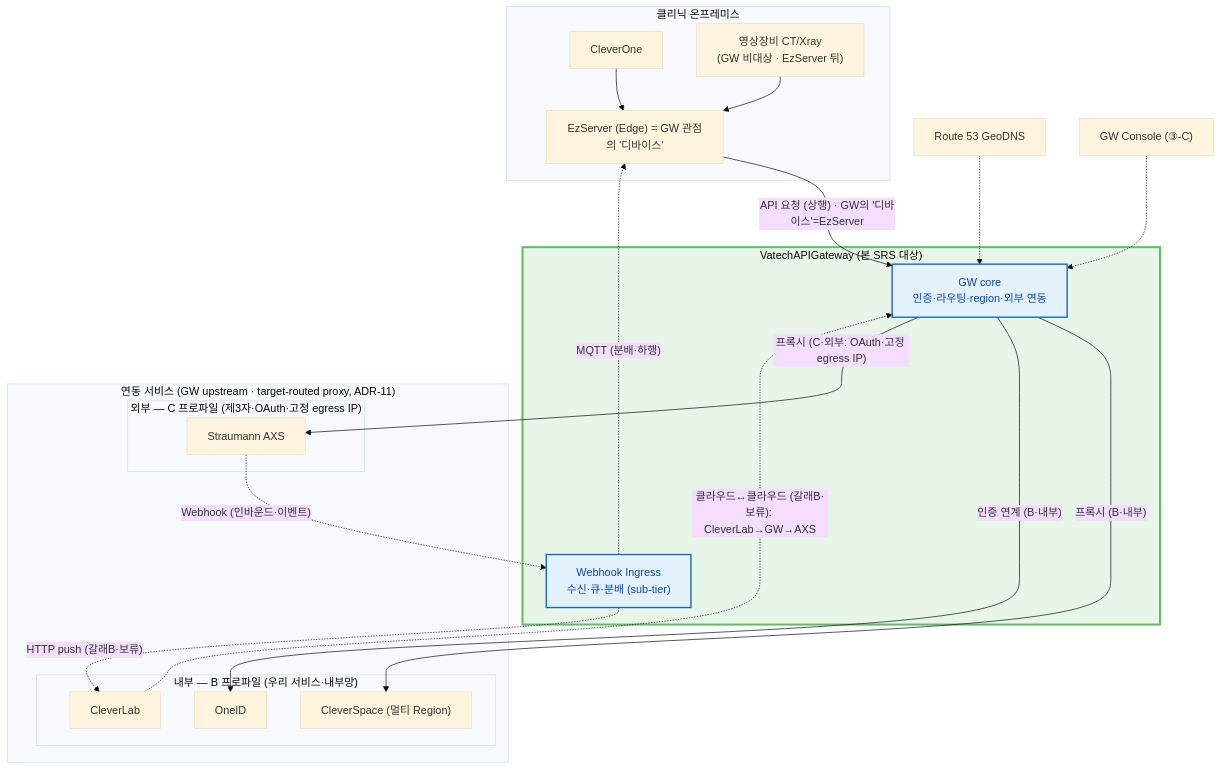
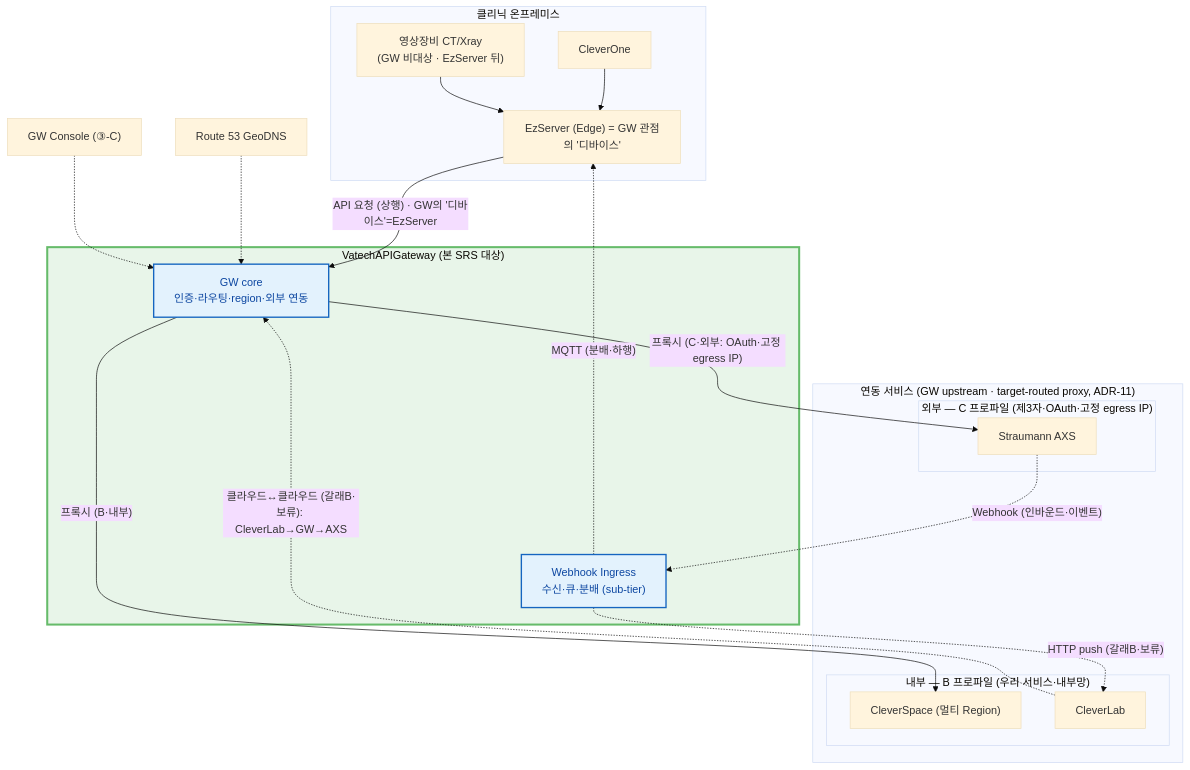
One commit to gracegyu/scp-architecture changed the first of 21 diagrams in docs/VT_API_Gateway/08.VT_API_Gateway/specs/03-srs-gateway/SRS.md. Above: the diagram before and after it, drawn with Mermaid (base theme). The commit also changed other lines of this file and 17 other files, not shown here.

````diff
--- a/docs/VT_API_Gateway/08.VT_API_Gateway/specs/03-srs-gateway/SRS.md
+++ b/docs/VT_API_Gateway/08.VT_API_Gateway/specs/03-srs-gateway/SRS.md
@@ -154,45 +154,43 @@
 ```mermaid
 flowchart TD
     subgraph CLINIC["클리닉 온프레미스"]
         CO["CleverOne"]
         EZ["EzServer (Edge) = GW 관점의 '디바이스'"]
         DEV["영상장비 CT/Xray<br/>(GW 비대상 · EzServer 뒤)"]
     end
     subgraph GWBOX["VatechAPIGateway (본 SRS 대상)"]
         GW["GW core<br/>인증·라우팅·region·외부 연동"]
         WHR["Webhook Ingress<br/>수신·큐·분배 (sub-tier)"]
     end
     subgraph UP["연동 서비스 (GW upstream · target-routed proxy, ADR-11)"]
         subgraph INT["내부 — B 프로파일 (우리 서비스·내부망)"]
             CS["CleverSpace (멀티 Region)"]
             CLAB["CleverLab"]
-            OID["OneID"]
         end
         subgraph EXT["외부 — C 프로파일 (제3자·OAuth·고정 egress IP)"]
             AXS["Straumann AXS"]
         end
     end
     R53["Route 53 GeoDNS"]
     CONSOLE["GW Console (③-C)"]
 
     CO --> EZ
     EZ -->|"API 요청 (상행) · GW의 '디바이스'=EzServer"| GW
     DEV --> EZ
     %% API 호출은 대상 무관 동일 경로: GW → upstream (target-routed proxy, ADR-11). 차이는 trust profile뿐
     GW -->|"프록시 (B·내부)"| CS
-    GW -->|"인증 연계 (B·내부)"| OID
     GW -->|"프록시 (C·외부: OAuth·고정 egress IP)"| AXS
     %% CleverLab은 프록시 대상이 아니라 갈래B 클라우드 클라이언트(보류) — CleverLab→GW→AXS
     CLAB -.->|"클라우드↔클라우드 (갈래B·보류): CleverLab→GW→AXS"| GW
     %% Webhook(이벤트 인바운드)은 API 호출과 별개 — 현재 AXS만 해당. 클라우드 수신=CleverLab만(갈래B 보류), CleverSpace는 webhook 대상 아님(§2.3.6)
     AXS -.->|"Webhook (인바운드·이벤트)"| WHR
     WHR -.->|"MQTT (분배·하행)"| EZ
     WHR -.->|"HTTP push (갈래B·보류)"| CLAB
     R53 -.-> GW
     CONSOLE -.-> GW
 
     classDef srsTarget fill:#e3f2fd,stroke:#1565c0,stroke-width:2px,color:#0d47a1
     class GW,WHR srsTarget
     %% GW(본 SRS) 범위 박스 = 연두 테두리(§2.1.1·§2.2 동일 색)
     style GWBOX fill:#e8f5e9,stroke:#66bb6a,stroke-width:3px
 ```
````
